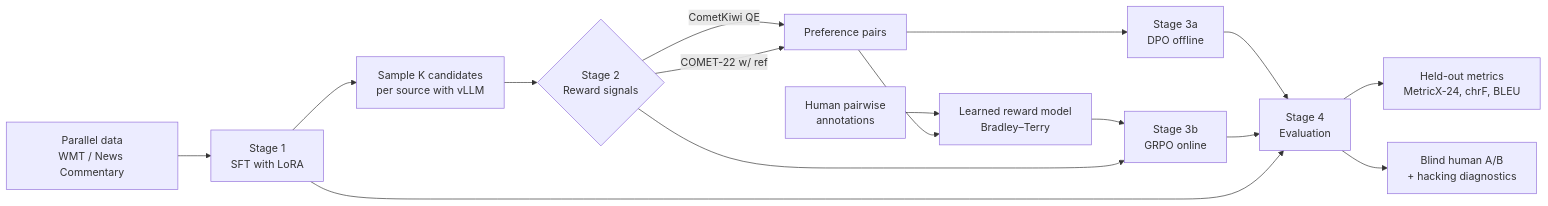
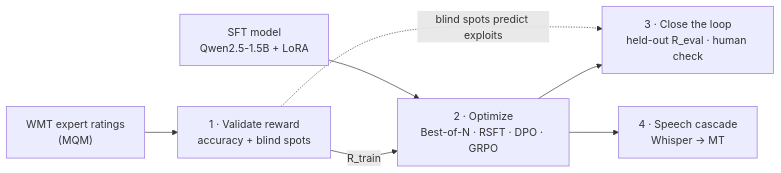
One commit to guohere/machine-translation-with-RLHF changed the diagram in README.md. Above: the diagram before and after it, drawn with Mermaid. The commit also changed other lines of this file and 2 other files, not shown here.

First line of the commit message:
Redesign project around reward validation, RL for en-de MT, and speech

````diff
--- a/README.md
+++ b/README.md
@@ -39,18 +20,9 @@
 ```mermaid
 flowchart LR
-    A[Parallel data<br/>WMT / News Commentary] --> B[Stage 1<br/>SFT with LoRA]
-    B --> C[Sample K candidates<br/>per source with vLLM]
-    C --> D{Stage 2<br/>Reward signals}
-    D -->|CometKiwi QE| E[Preference pairs]
-    D -->|COMET-22 w/ ref| E
-    H[Human pairwise<br/>annotations] --> F[Learned reward model<br/>Bradley–Terry]
-    E --> F
-    E --> G1[Stage 3a<br/>DPO offline]
-    F --> G2[Stage 3b<br/>GRPO online]
-    D --> G2
-    G1 --> I[Stage 4<br/>Evaluation]
-    G2 --> I
-    B --> I
-    I --> J[Held-out metrics<br/>MetricX-24, chrF, BLEU]
-    I --> K[Blind human A/B<br/>+ hacking diagnostics]
+    A["WMT expert ratings<br/>(MQM)"] --> B["1 · Validate reward<br/>accuracy + blind spots"]
+    B -->|R_train| C["2 · Optimize<br/>Best-of-N · RSFT · DPO · GRPO"]
+    D["SFT model<br/>Qwen2.5-1.5B + LoRA"] --> C
+    C --> E["3 · Close the loop<br/>held-out R_eval · human check"]
+    B -.->|blind spots predict exploits| E
+    C --> F["4 · Speech cascade<br/>Whisper → MT"]
 ```
````
